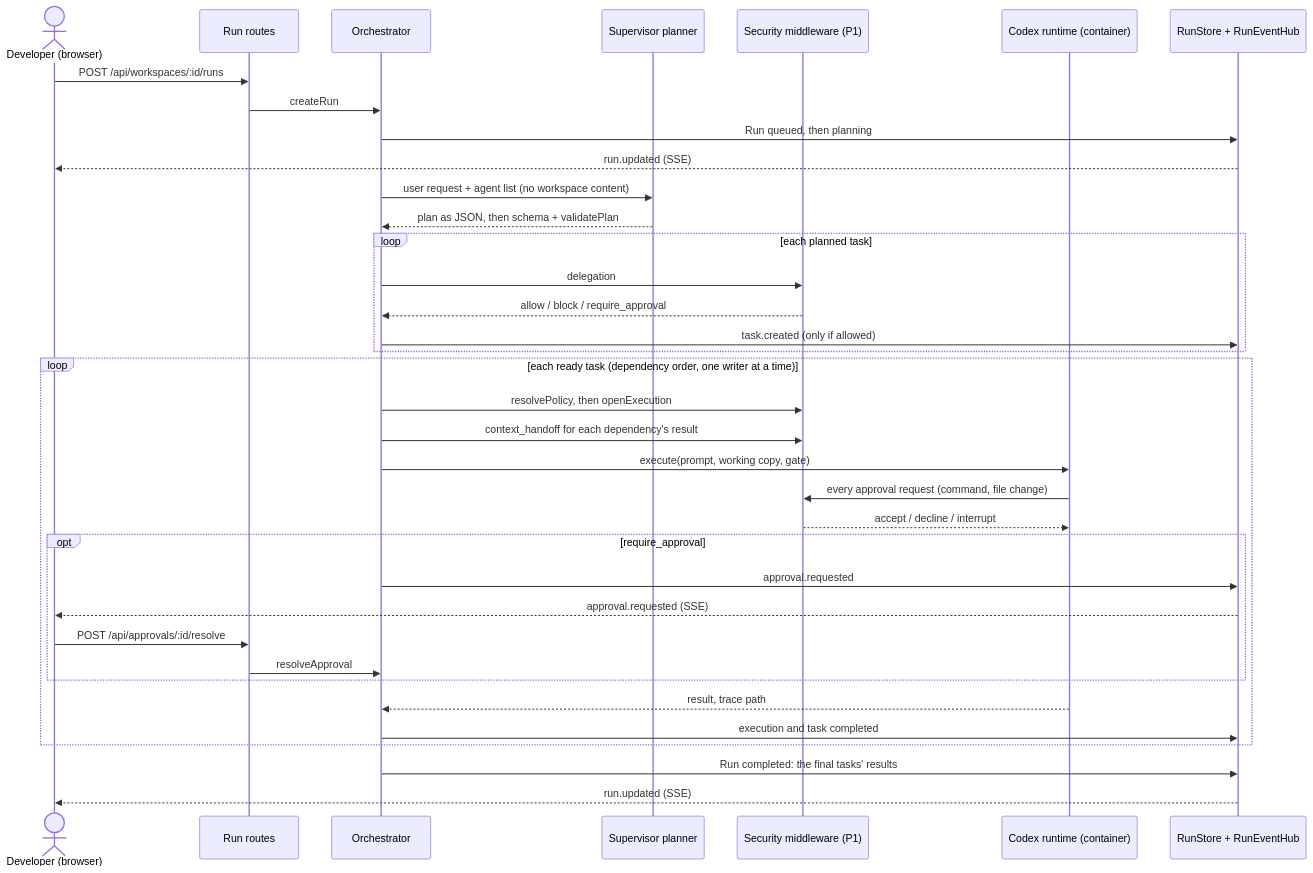
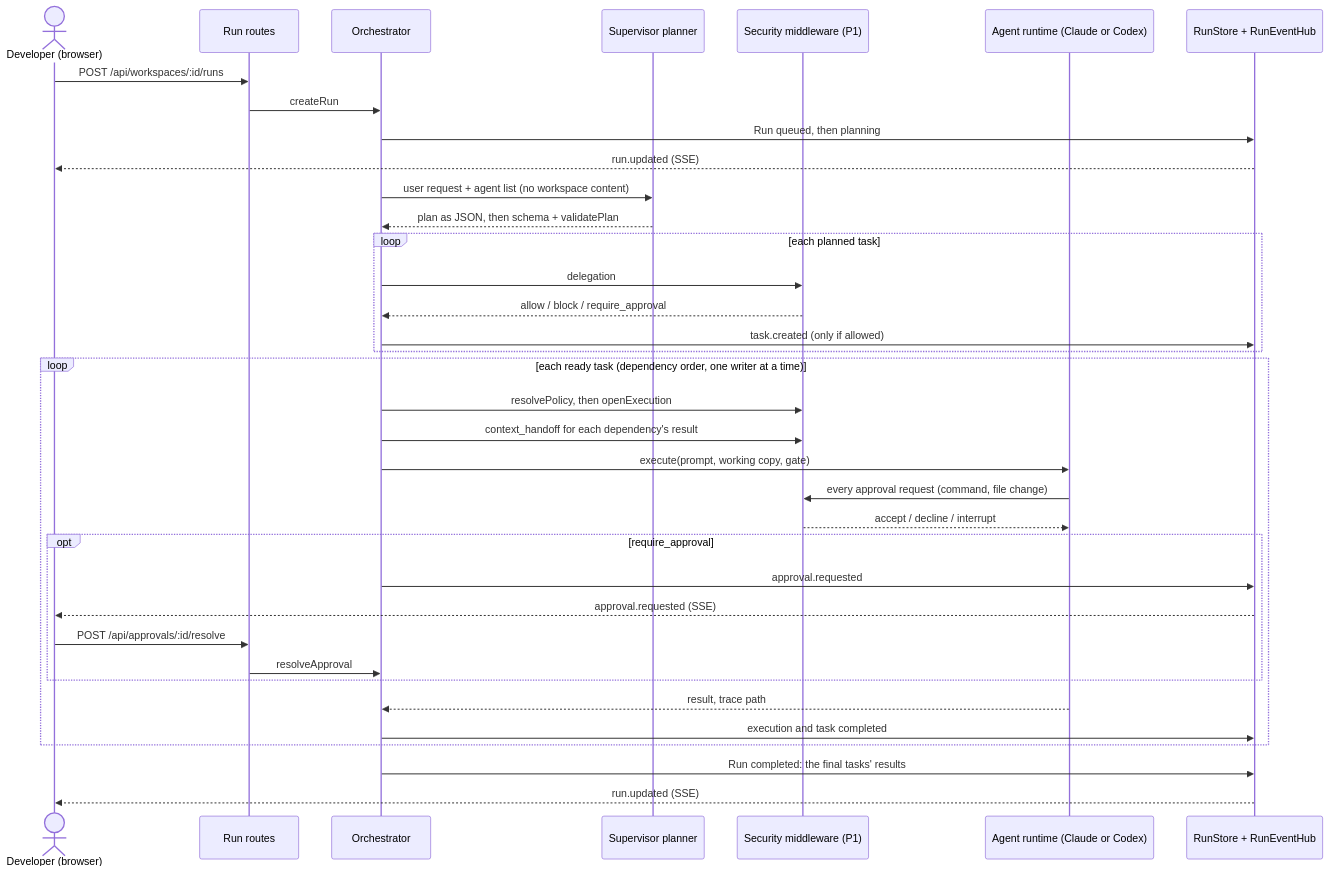
Before and after one commit to Full-Stack-Project-Fast-Tix/agent-middleware: the second of 3 diagrams in docs/ARCHITECTURE.md, drawn with Mermaid. The commit also changed other lines of this file and 8 other files, not shown here.

First line of the commit message:
docs: describe the Claude runtime and the steps for a first real run

````diff
--- a/docs/ARCHITECTURE.md
+++ b/docs/ARCHITECTURE.md
@@ -175,39 +180,39 @@
 ```mermaid
 sequenceDiagram
     actor Dev as Developer (browser)
     participant API as Run routes
     participant O as Orchestrator
     participant P as Supervisor planner
     participant M as Security middleware (P1)
-    participant R as Codex runtime (container)
+    participant R as Agent runtime (Claude or Codex)
     participant S as RunStore + RunEventHub
 
     Dev->>API: POST /api/workspaces/:id/runs
     API->>O: createRun
     O->>S: Run queued, then planning
     S-->>Dev: run.updated (SSE)
     O->>P: user request + agent list (no workspace content)
     P-->>O: plan as JSON, then schema + validatePlan
     loop each planned task
         O->>M: delegation
         M-->>O: allow / block / require_approval
         O->>S: task.created (only if allowed)
     end
     loop each ready task (dependency order, one writer at a time)
         O->>M: resolvePolicy, then openExecution
         O->>M: context_handoff for each dependency's result
         O->>R: execute(prompt, working copy, gate)
         R->>M: every approval request (command, file change)
         M-->>R: accept / decline / interrupt
         opt require_approval
             O->>S: approval.requested
             S-->>Dev: approval.requested (SSE)
             Dev->>API: POST /api/approvals/:id/resolve
             API->>O: resolveApproval
         end
         R-->>O: result, trace path
         O->>S: execution and task completed
     end
     O->>S: Run completed: the final tasks' results
     S-->>Dev: run.updated (SSE)
 ```
````
